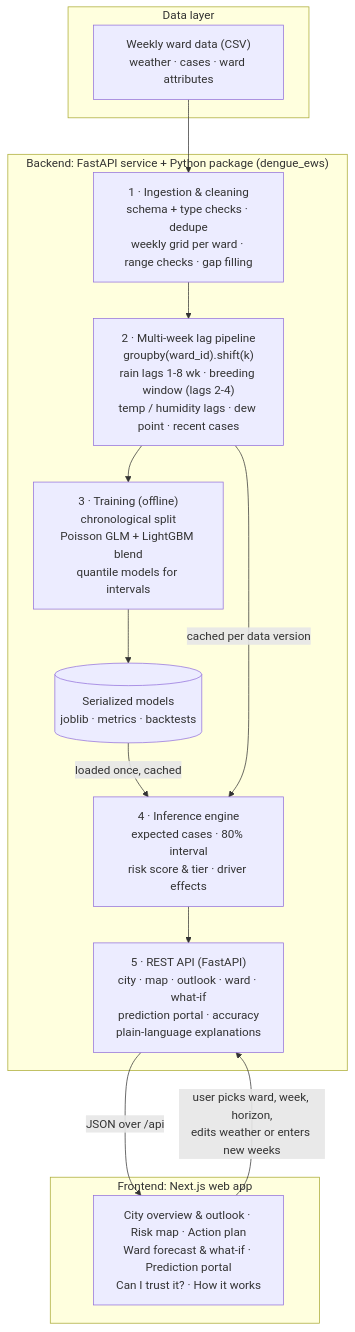
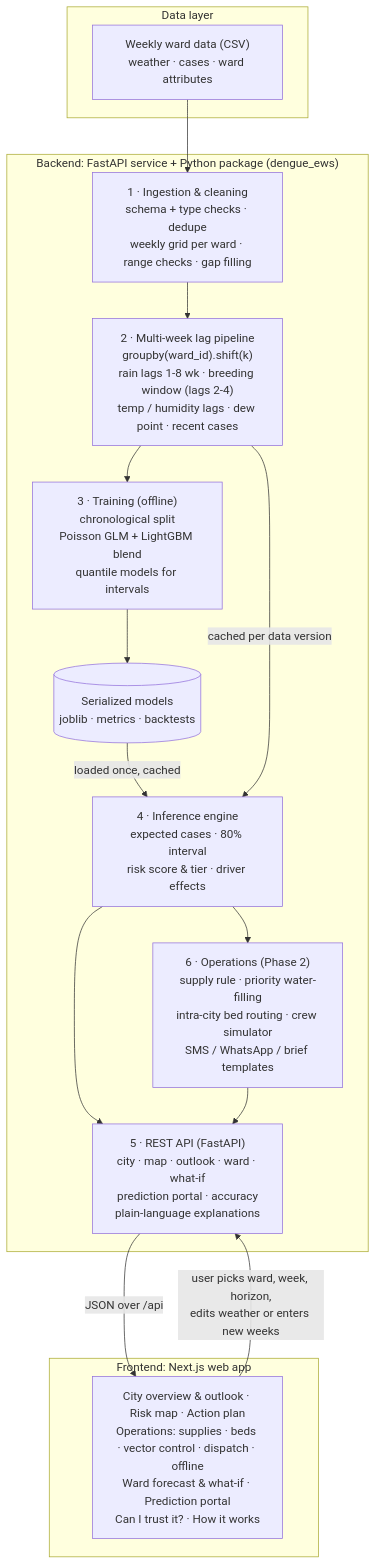
Before and after one commit to hrittikadutta85-gif/Hackthone_preli: the diagram in README.md, drawn with Mermaid. The commit also changed other lines of this file and 15 other files, not shown here.

````diff
--- a/README.md
+++ b/README.md
@@ -48,27 +61,29 @@
 ```mermaid
 flowchart TB
     subgraph DATA["Data layer"]
         CSV["Weekly ward data (CSV)<br/>weather · cases · ward attributes"]
     end
 
     subgraph BACKEND["Backend: FastAPI service + Python package (dengue_ews)"]
         ING["1 · Ingestion & cleaning<br/>schema + type checks · dedupe<br/>weekly grid per ward · range checks · gap filling"]
         FEAT["2 · Multi-week lag pipeline<br/>groupby(ward_id).shift(k)<br/>rain lags 1-8 wk · breeding window (lags 2-4)<br/>temp / humidity lags · dew point · recent cases"]
         TRAIN["3 · Training (offline)<br/>chronological split<br/>Poisson GLM + LightGBM blend<br/>quantile models for intervals"]
         STORE[("Serialized models<br/>joblib · metrics · backtests")]
         INF["4 · Inference engine<br/>expected cases · 80% interval<br/>risk score & tier · driver effects"]
         API["5 · REST API (FastAPI)<br/>city · map · outlook · ward · what-if<br/>prediction portal · accuracy<br/>plain-language explanations"]
+        OPS["6 · Operations (Phase 2)<br/>supply rule · priority water-filling<br/>intra-city bed routing · crew simulator<br/>SMS / WhatsApp / brief templates"]
     end
 
     subgraph FRONTEND["Frontend: Next.js web app"]
-        UI["City overview & outlook · Risk map · Action plan<br/>Ward forecast & what-if · Prediction portal<br/>Can I trust it? · How it works"]
+        UI["City overview & outlook · Risk map · Action plan<br/>Operations: supplies · beds · vector control · dispatch · offline<br/>Ward forecast & what-if · Prediction portal<br/>Can I trust it? · How it works"]
     end
 
     CSV --> ING --> FEAT
     FEAT --> TRAIN --> STORE
     STORE -->|loaded once, cached| INF
     FEAT -->|cached per data version| INF
     INF --> API
+    INF --> OPS --> API
     API -->|JSON over /api| UI
     UI -->|user picks ward, week, horizon,<br/>edits weather or enters new weeks| API
 ```
````
